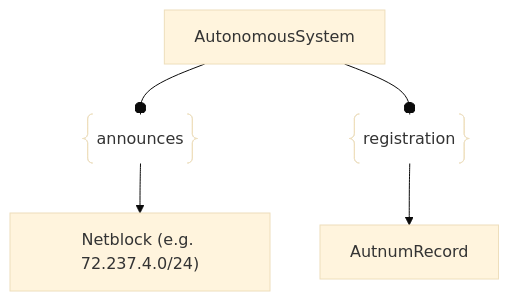
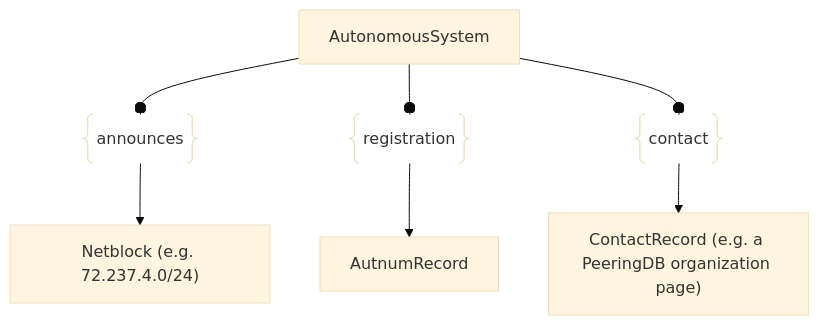
The diagram in docs/open_asset_model/assets/autonomous_system.md (owasp-amass/docs), drawn with Mermaid (base theme) before and after one commit. The commit also changed other lines of this file, not shown here.

Commit message:
Document the AutonomousSystem contact relation and its PeeringDB properties

````diff
--- a/docs/open_asset_model/assets/autonomous_system.md
+++ b/docs/open_asset_model/assets/autonomous_system.md
@@ -44,13 +48,18 @@
 ```mermaid
 graph TD
 asn["AutonomousSystem"]
 netblock["Netblock (e.g. 72.237.4.0/24)"]
 announces@{ shape: braces, label: "announces"}
 asn --o announces
 announces --> netblock
 
 autnum["AutnumRecord"]
 regrel@{ shape: braces, label: "registration"}
 asn --o regrel
 regrel --> autnum
+
+cr["ContactRecord (e.g. a PeeringDB organization page)"]
+contactrel@{ shape: braces, label: "contact"}
+asn --o contactrel
+contactrel --> cr
 ```
````
